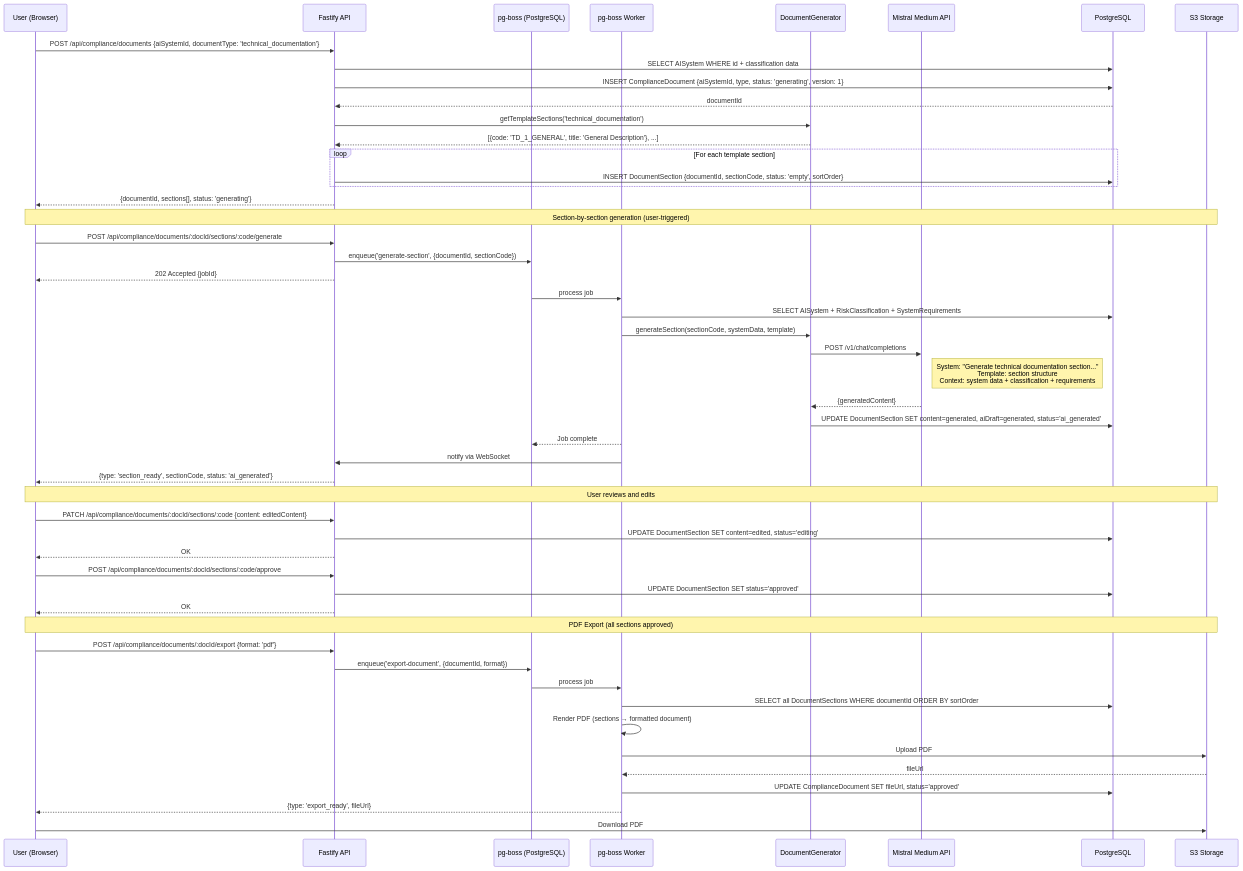
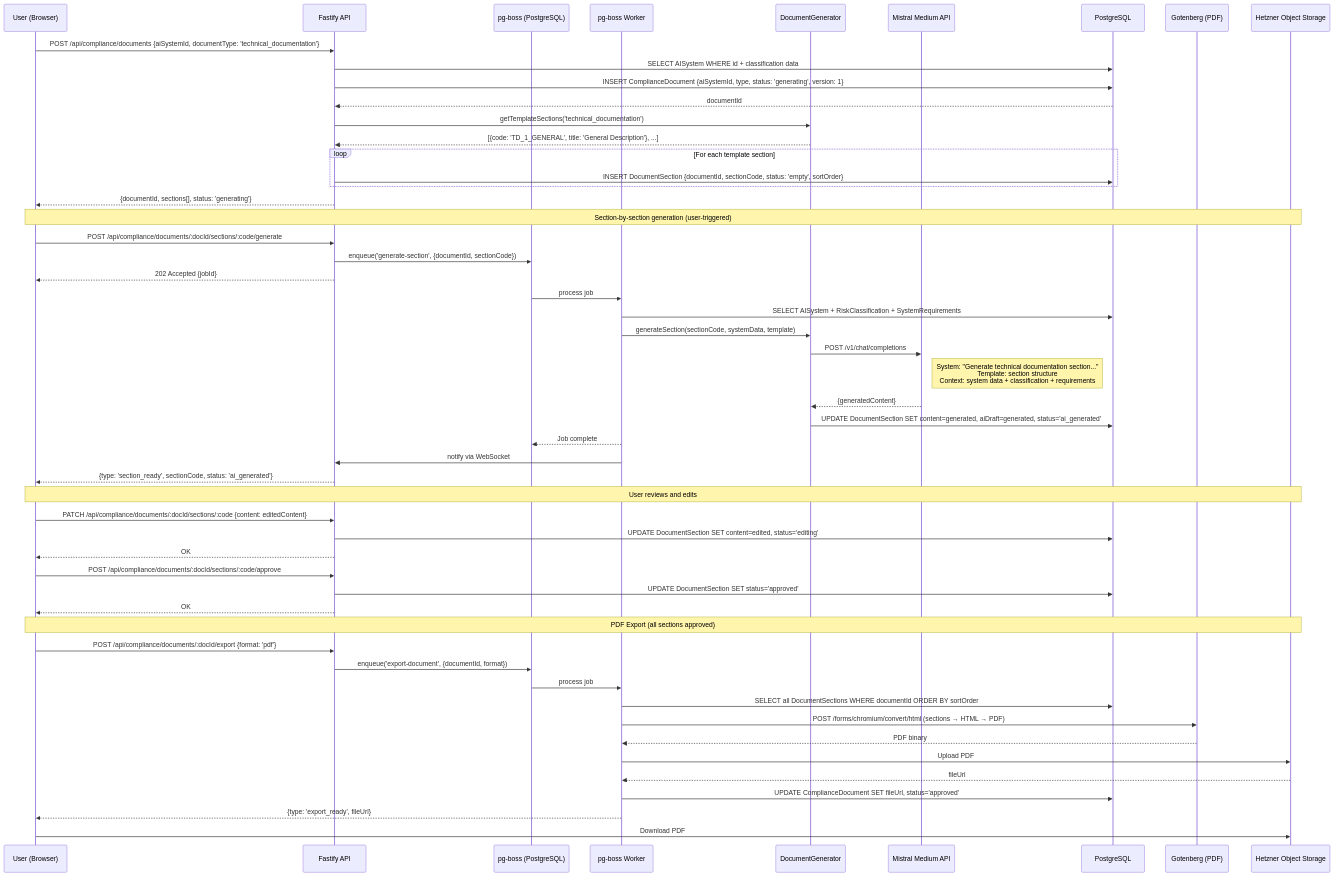
Before and after one commit to complior/complior: the fifth of 10 diagrams in docs/DATA-FLOWS.md, drawn with Mermaid. The commit also changed other lines of this file and 10 other files, not shown here.

````diff
--- a/docs/DATA-FLOWS.md
+++ b/docs/DATA-FLOWS.md
@@ -222,69 +228,71 @@
 ```mermaid
 sequenceDiagram
     participant User as User (Browser)
     participant API as Fastify API
     participant Queue as pg-boss (PostgreSQL)
     participant Worker as pg-boss Worker
     participant DocGen as DocumentGenerator
     participant LLM as Mistral Medium API
     participant DB as PostgreSQL
-    participant S3 as S3 Storage
+    participant Gotenberg as Gotenberg (PDF)
+    participant S3 as Hetzner Object Storage
 
     User->>API: POST /api/compliance/documents {aiSystemId, documentType: 'technical_documentation'}
     API->>DB: SELECT AISystem WHERE id + classification data
     API->>DB: INSERT ComplianceDocument {aiSystemId, type, status: 'generating', version: 1}
     DB-->>API: documentId
 
     API->>DocGen: getTemplateSections('technical_documentation')
     DocGen-->>API: [{code: 'TD_1_GENERAL', title: 'General Description'}, ...]
 
     loop For each template section
         API->>DB: INSERT DocumentSection {documentId, sectionCode, status: 'empty', sortOrder}
     end
 
     API-->>User: {documentId, sections[], status: 'generating'}
 
     Note over User,S3: Section-by-section generation (user-triggered)
 
     User->>API: POST /api/compliance/documents/:docId/sections/:code/generate
     API->>Queue: enqueue('generate-section', {documentId, sectionCode})
     API-->>User: 202 Accepted {jobId}
 
     Queue->>Worker: process job
     Worker->>DB: SELECT AISystem + RiskClassification + SystemRequirements
     Worker->>DocGen: generateSection(sectionCode, systemData, template)
 
     DocGen->>LLM: POST /v1/chat/completions
     Note right of LLM: System: "Generate technical documentation section..."<br/>Template: section structure<br/>Context: system data + classification + requirements
     LLM-->>DocGen: {generatedContent}
 
     DocGen->>DB: UPDATE DocumentSection SET content=generated, aiDraft=generated, status='ai_generated'
     Worker-->>Queue: Job complete
 
     Worker->>API: notify via WebSocket
     API-->>User: {type: 'section_ready', sectionCode, status: 'ai_generated'}
 
     Note over User,S3: User reviews and edits
 
     User->>API: PATCH /api/compliance/documents/:docId/sections/:code {content: editedContent}
     API->>DB: UPDATE DocumentSection SET content=edited, status='editing'
     API-->>User: OK
 
     User->>API: POST /api/compliance/documents/:docId/sections/:code/approve
     API->>DB: UPDATE DocumentSection SET status='approved'
     API-->>User: OK
 
     Note over User,S3: PDF Export (all sections approved)
 
     User->>API: POST /api/compliance/documents/:docId/export {format: 'pdf'}
     API->>Queue: enqueue('export-document', {documentId, format})
     Queue->>Worker: process job
     Worker->>DB: SELECT all DocumentSections WHERE documentId ORDER BY sortOrder
-    Worker->>Worker: Render PDF (sections → formatted document)
+    Worker->>Gotenberg: POST /forms/chromium/convert/html (sections → HTML → PDF)
+    Gotenberg-->>Worker: PDF binary
     Worker->>S3: Upload PDF
     S3-->>Worker: fileUrl
     Worker->>DB: UPDATE ComplianceDocument SET fileUrl, status='approved'
 
     Worker-->>User: {type: 'export_ready', fileUrl}
     User->>S3: Download PDF
 ```
````
